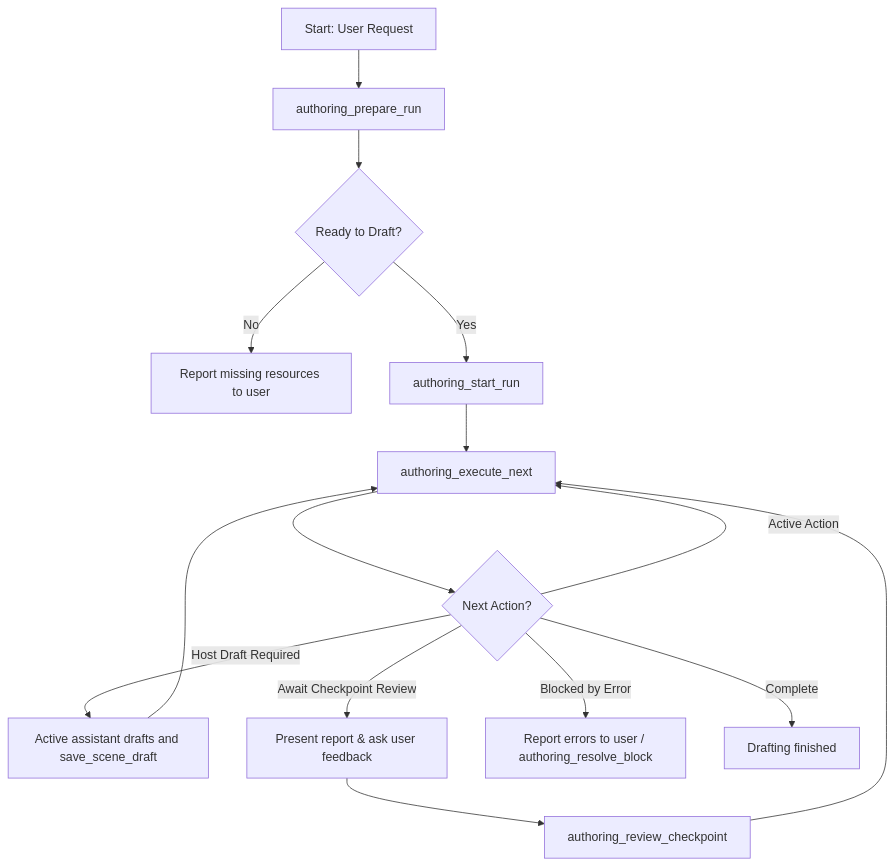
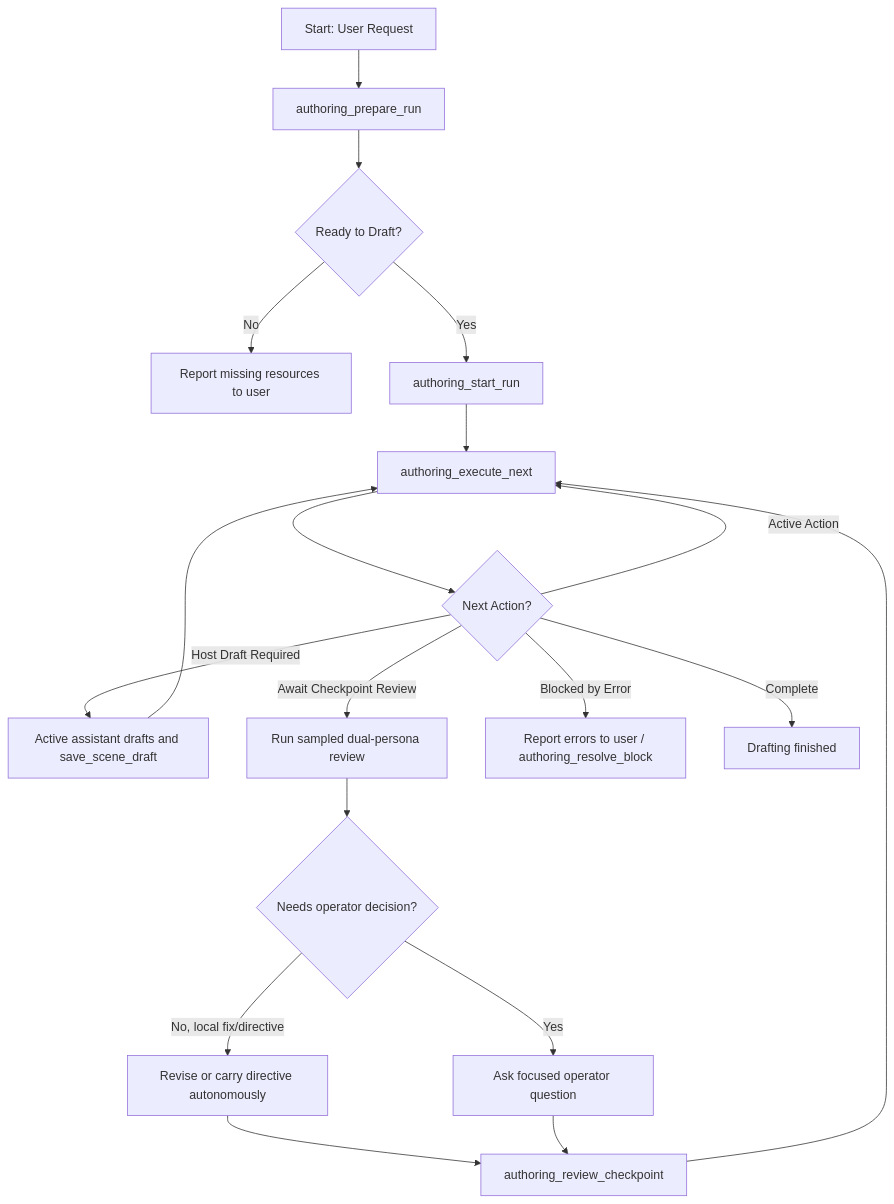
The diagram in docs/authoring-supervisor.md (VerifiedOrganic/spindle), drawn with Mermaid before and after one commit. The commit also changed other lines of this file and 2 other files, not shown here.

Commit message:
docs(authoring): make reviewer fixes autonomous

````diff
--- a/docs/authoring-supervisor.md
+++ b/docs/authoring-supervisor.md
@@ -40,17 +48,21 @@
 ```mermaid
 graph TD
     A[Start: User Request] --> B[authoring_prepare_run]
     B --> C{Ready to Draft?}
     C -- No --> D[Report missing resources to user]
     C -- Yes --> E[authoring_start_run]
     E --> F[authoring_execute_next]
     F --> G{Next Action?}
     G -- Host Draft Required --> L[Active assistant drafts and save_scene_draft]
     L --> F
     G -- Active Action --> F
-    G -- Await Checkpoint Review --> H[Present report & ask user feedback]
-    H --> I[authoring_review_checkpoint]
+    G -- Await Checkpoint Review --> H[Run sampled dual-persona review]
+    H --> M{Needs operator decision?}
+    M -- No, local fix/directive --> N[Revise or carry directive autonomously]
+    N --> I[authoring_review_checkpoint]
+    M -- Yes --> O[Ask focused operator question]
+    O --> I
     I --> F
     G -- Blocked by Error --> J[Report errors to user / authoring_resolve_block]
     G -- Complete --> K[Drafting finished]
 ```
````
